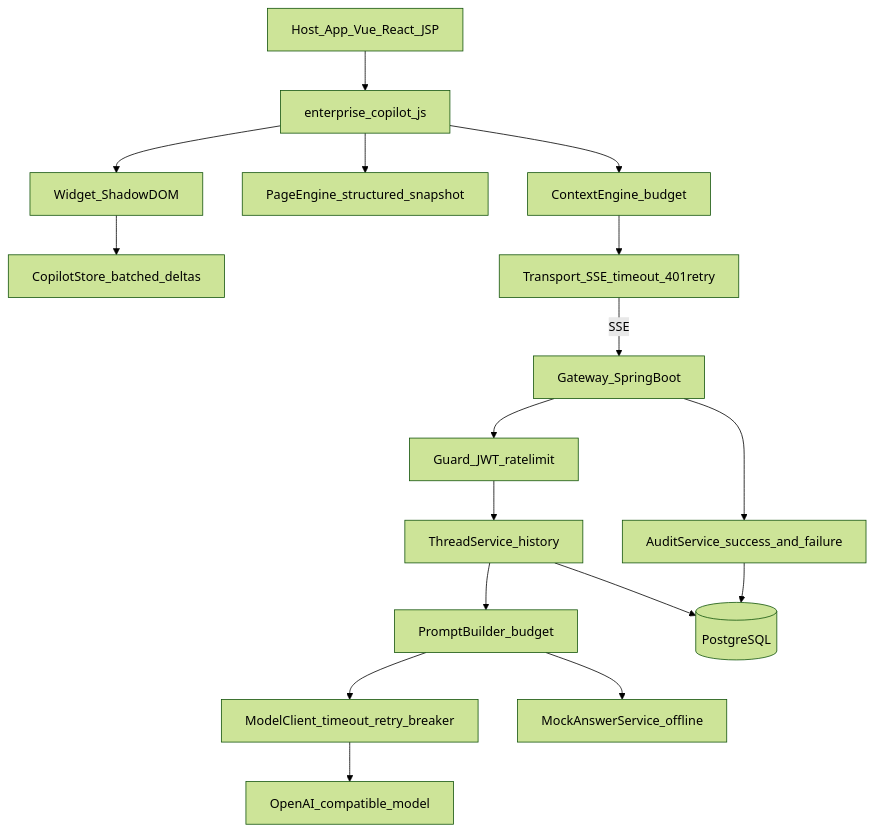
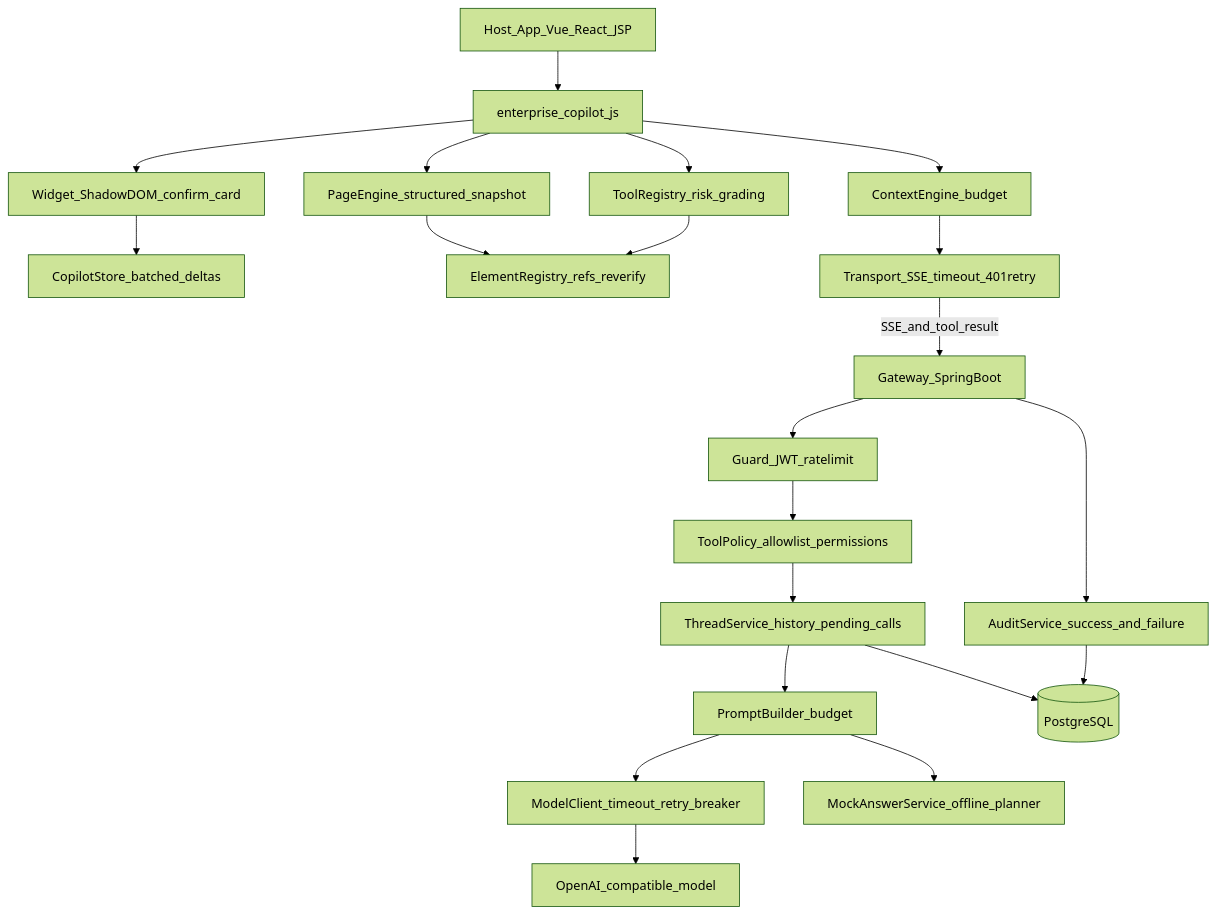
Before and after one commit to PlatonaBoy/PageCopilotKit: the first of 2 diagrams in docs/architecture.md, drawn with Mermaid (forest theme). The commit also changed other lines of this file and 11 other files, not shown here.

````diff
--- a/docs/architecture.md
+++ b/docs/architecture.md
@@ -29,37 +29,44 @@
 ```mermaid
 flowchart TB
   Host[Host_App_Vue_React_JSP]
   SDK[enterprise_copilot_js]
-  Widget[Widget_ShadowDOM]
+  Widget[Widget_ShadowDOM_confirm_card]
   Store[CopilotStore_batched_deltas]
   PageEng[PageEngine_structured_snapshot]
+  Registry[ElementRegistry_refs_reverify]
+  Tools[ToolRegistry_risk_grading]
   Ctx[ContextEngine_budget]
   Trans[Transport_SSE_timeout_401retry]
 
   GW[Gateway_SpringBoot]
   Guard[Guard_JWT_ratelimit]
-  Threads[ThreadService_history]
+  Policy[ToolPolicy_allowlist_permissions]
+  Threads[ThreadService_history_pending_calls]
   Prompt[PromptBuilder_budget]
   Model[ModelClient_timeout_retry_breaker]
-  Mock[MockAnswerService_offline]
+  Mock[MockAnswerService_offline_planner]
   Audit[AuditService_success_and_failure]
   DB[(PostgreSQL)]
   LLM[OpenAI_compatible_model]
 
   Host --> SDK
   SDK --> Widget
   Widget --> Store
   SDK --> PageEng
+  PageEng --> Registry
+  SDK --> Tools
+  Tools --> Registry
   SDK --> Ctx
   Ctx --> Trans
-  Trans -->|SSE| GW
+  Trans -->|SSE_and_tool_result| GW
   GW --> Guard
-  Guard --> Threads
+  Guard --> Policy
+  Policy --> Threads
   Threads --> Prompt
   Prompt --> Model
   Prompt --> Mock
   Model --> LLM
   GW --> Audit
   Threads --> DB
   Audit --> DB
 ```
````
